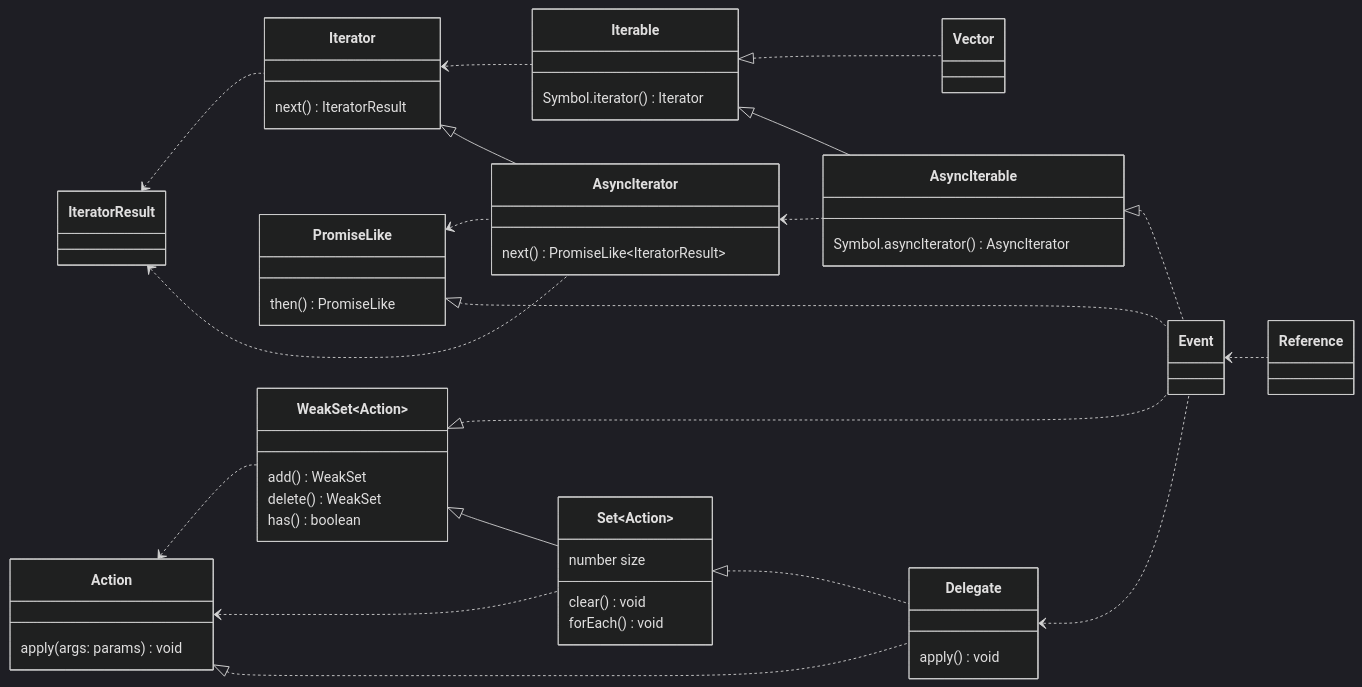
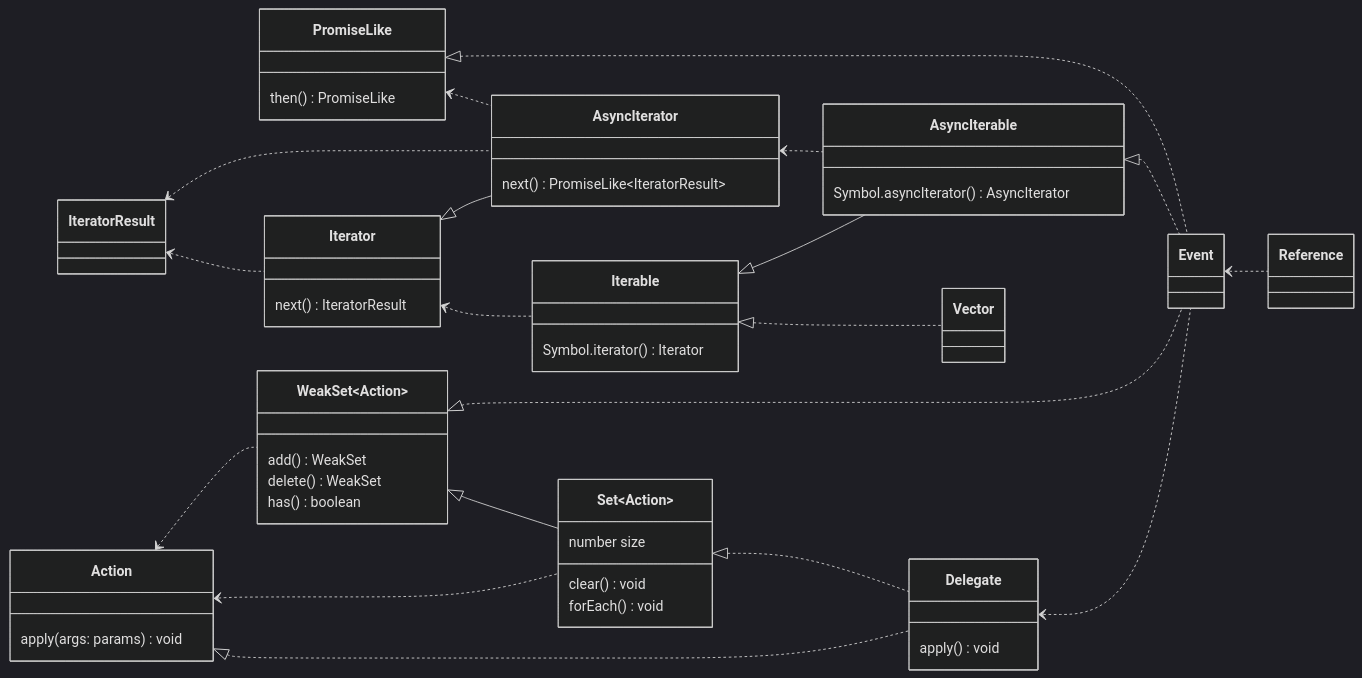
One commit to domrally/peekeasy changed the fourth of 4 diagrams in README.md. Above: the diagram before and after it, drawn with Mermaid (dark theme). The commit also changed other lines of this file, not shown here.

````diff
--- a/README.md
+++ b/README.md
@@ -208,58 +208,58 @@
 ```mermaid
 classDiagram
     direction LR
+    PromiseLike <|.. Event
+    PromiseLike <.. AsyncIterator
+    IteratorResult <.. AsyncIterator
+    Iterator <|-- AsyncIterator
+    AsyncIterator <.. AsyncIterable
+    Iterable <|-- AsyncIterable
+    AsyncIterable <|.. Event
+    IteratorResult <.. Iterator
+    Iterator <.. Iterable
     Iterable <|.. Vector
-    Iterable <|-- AsyncIterable
-    IteratorResult <.. Iterator
-    IteratorResult <.. AsyncIterator
-    AsyncIterator <.. AsyncIterable
-    AsyncIterable <|.. Event
-    Iterator <.. Iterable
-    Iterator <|-- AsyncIterator
-    PromiseLike <.. AsyncIterator
-    PromiseLike <|.. Event
     WeakSet~Action~ <|.. Event
     Action <.. WeakSet~Action~
     Action <.. Set~Action~
     Action <|.. Delegate
     Set~Action~ <|.. Delegate
     Delegate <.. Event
     Event <.. Reference
     WeakSet~Action~ <|-- Set~Action~
     class AsyncIterable {
         Symbol.asyncIterator() AsyncIterator
     }
     class Iterable {
         Symbol.iterator() Iterator
     }
     class Iterator {
         next() IteratorResult
     }
     class AsyncIterator {
         next() PromiseLike~IteratorResult~
     }
     class PromiseLike {
         then() PromiseLike
     }
     class WeakSet {
         add() WeakSet
         delete() WeakSet
         has() boolean
     }
     class Set {
         number size
         clear() void
         forEach() void
     }
     class Action {
         apply(args: params) void
     }
     class Delegate {
         apply() void
     }
     link Delegate "https://github.com/domrally/peekeasy/blob/main/src/delegate.ts" "delegate.ts"
     class Event
     link Event "https://github.com/domrally/peekeasy/blob/main/src/event.ts" "event.ts"
     class Vector
     link Vector "https://github.com/domrally/peekeasy/blob/main/src/vector.ts" "vector.ts"
 ```
````
